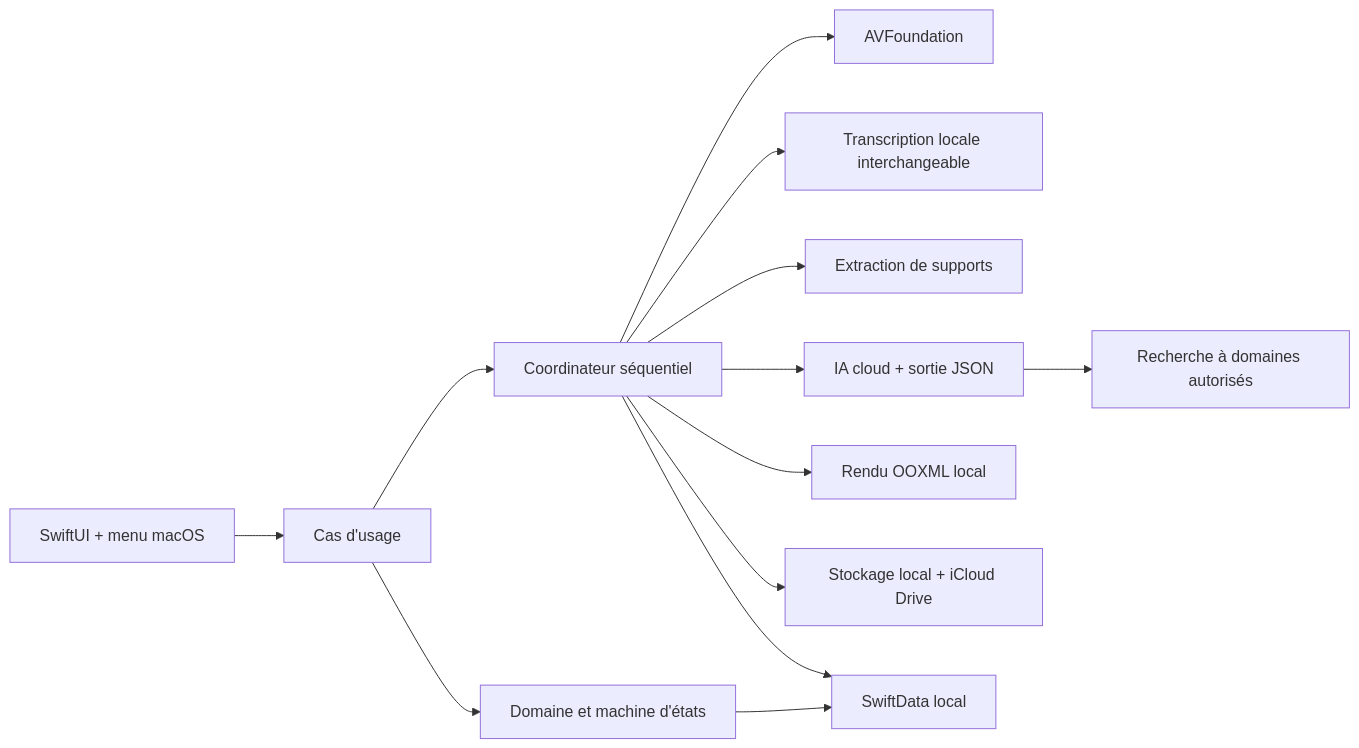
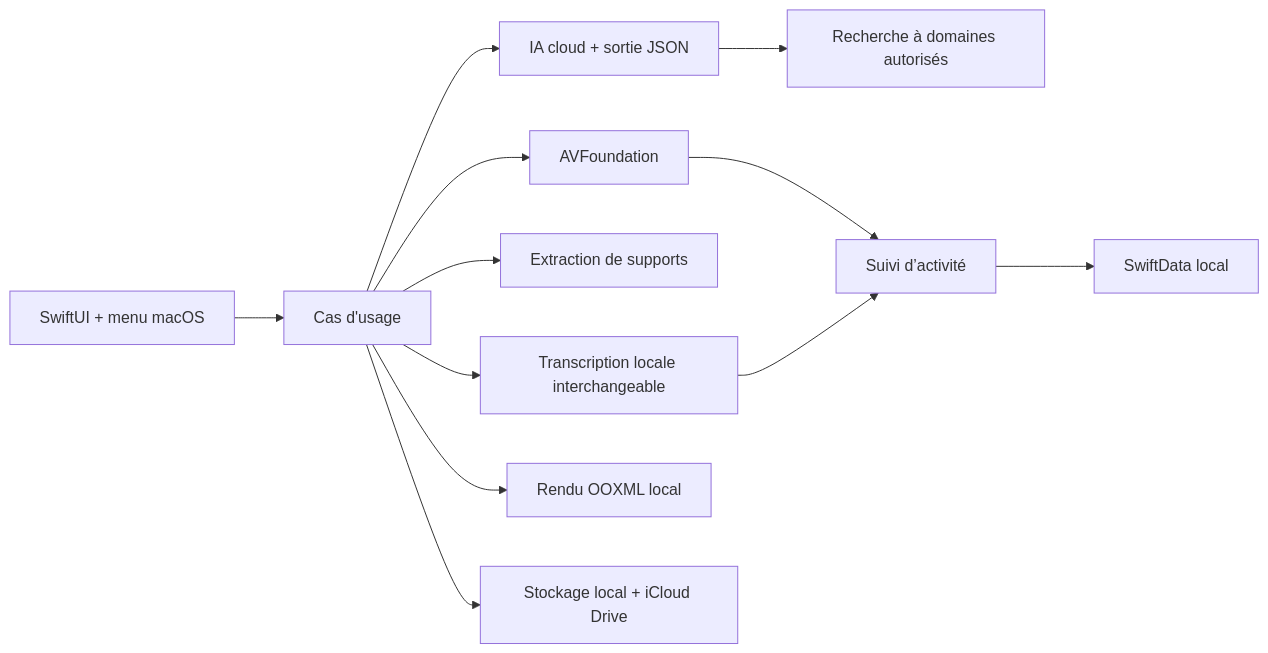
The first of 2 diagrams in docs/ARCHITECTURE.md (vin25cent/Scrib), drawn with Mermaid before and after one commit. The commit also changed other lines of this file and 35 other files, not shown here.

````diff
--- a/docs/ARCHITECTURE.md
+++ b/docs/ARCHITECTURE.md
@@ -20,15 +20,14 @@
 ```mermaid
 flowchart LR
     UI["SwiftUI + menu macOS"] --> APP["Cas d'usage"]
-    APP --> DOMAIN["Domaine et machine d'états"]
-    APP --> QUEUE["Coordinateur séquentiel"]
-    QUEUE --> AUDIO["AVFoundation"]
-    QUEUE --> ASR["Transcription locale interchangeable"]
-    QUEUE --> SUPPORTS["Extraction de supports"]
-    QUEUE --> CLOUD["IA cloud + sortie JSON"]
+    APP --> AUDIO["AVFoundation"]
+    APP --> ASR["Transcription locale interchangeable"]
+    APP --> SUPPORTS["Extraction de supports"]
+    APP --> CLOUD["IA cloud + sortie JSON"]
     CLOUD --> SOURCES["Recherche à domaines autorisés"]
-    QUEUE --> DOCX["Rendu OOXML local"]
-    QUEUE --> FILES["Stockage local + iCloud Drive"]
-    DOMAIN --> STORE["SwiftData local"]
-    QUEUE --> STORE
+    APP --> DOCX["Rendu OOXML local"]
+    APP --> FILES["Stockage local + iCloud Drive"]
+    AUDIO --> TRACKER["Suivi d’activité"]
+    ASR --> TRACKER
+    TRACKER --> STORE["SwiftData local"]
 ```
````
